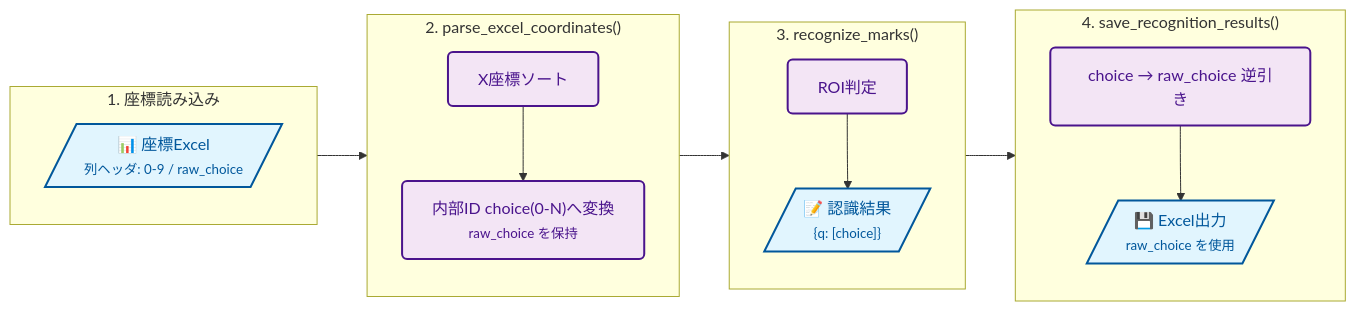
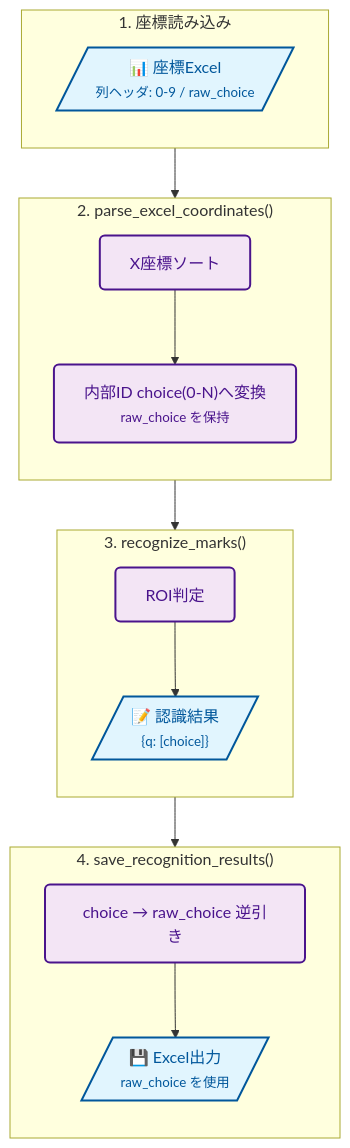
The diagram in DEVELOPMENT.md (phys-ken/SaitenSamurai), drawn with Mermaid before and after one commit. The commit also changed 1 other file, not shown here.

Commit message:
docs: use vertical layout for OMR pipeline diagram

````diff
--- a/DEVELOPMENT.md
+++ b/DEVELOPMENT.md
@@ -133,38 +133,38 @@
 ```mermaid
-flowchart LR
+flowchart TD
     %% Styles
     classDef data fill:#e1f5fe,stroke:#01579b,stroke-width:2px,color:#01579b,rx:5,ry:5;
     classDef process fill:#f3e5f5,stroke:#4a148c,stroke-width:2px,color:#4a148c,rx:5,ry:5;
 
     %% Nodes & Flow
     subgraph S1 ["1. 座標読み込み"]
         direction TB
         Excel[/"📊 座標Excel<br><small>列ヘッダ: 0-9 / raw_choice</small>"/]:::data
     end
 
     subgraph S2 ["2. parse_excel_coordinates()"]
         direction TB
         Sort["X座標ソート"]:::process
         Map["内部ID choice(0-N)へ変換<br><small>raw_choice を保持</small>"]:::process
         Sort --> Map
     end
 
     subgraph S3 ["3. recognize_marks()"]
         direction TB
         ROI["ROI判定"]:::process
         RecResult[/"📝 認識結果<br><small>{q: [choice]}</small>"/]:::data
         ROI --> RecResult
     end
 
     subgraph S4 ["4. save_recognition_results()"]
         direction TB
         Reverse["choice → raw_choice 逆引き"]:::process
         Final[/"💾 Excel出力<br><small>raw_choice を使用</small>"/]:::data
         Reverse --> Final
     end
 
     %% Edges
     Excel --> Sort
     Map --> ROI
     RecResult --> Reverse
 ```
````
